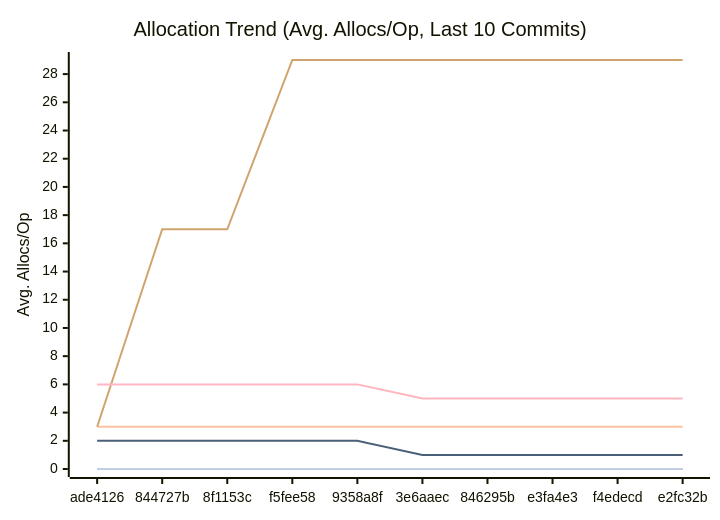
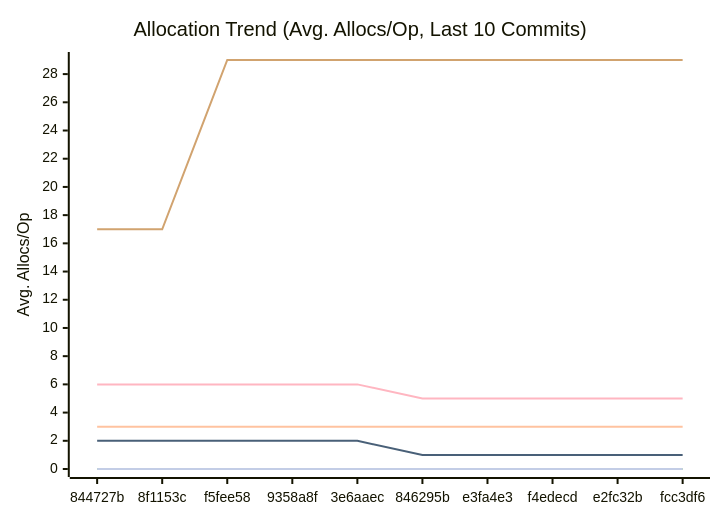
One commit to alsotoes/momo changed the third of 3 diagrams in docs/PERFORMANCE.md. Above: the diagram before and after it, drawn with Mermaid. The commit also changed other lines of this file and 5 other files, not shown here.

````diff
--- a/docs/PERFORMANCE.md
+++ b/docs/PERFORMANCE.md
@@ -114,16 +114,16 @@
 ```mermaid
 xychart-beta
     title "Allocation Trend (Avg. Allocs/Op, Last 10 Commits)"
     x-axis "Commit"
     y-axis "Avg. Allocs/Op"
-    x-axis [ade4126,844727b,8f1153c,f5fee58,9358a8f,3e6aaec,846295b,e3fa4e3,f4edecd,e2fc32b]
+    x-axis [844727b,8f1153c,f5fee58,9358a8f,3e6aaec,846295b,e3fa4e3,f4edecd,e2fc32b,fcc3df6]
     line "CheckMetricsAndSwap" [0,0,0,0,0,0,0,0,0,0]
     line "CrushOptimized" [0,0,0,0,0,0,0,0,0,0]
     line "CrushOriginal" [3,3,3,3,3,3,3,3,3,3]
     line "IndexDirectTracking" [0,0,0,0,0,0,0,0,0,0]
     line "IndexSearch" [0,0,0,0,0,0,0,0,0,0]
-    line "LoadGlobalConfig" [3,17,17,29,29,29,29,29,29,29]
+    line "LoadGlobalConfig" [17,17,29,29,29,29,29,29,29,29]
     line "PadString" [0,0,0,0,0,0,0,0,0,0]
     line "ParseReplicationOrder_NoPrealloc" [6,6,6,6,6,5,5,5,5,5]
     line "ParseReplicationOrder_Prealloc" [2,2,2,2,2,1,1,1,1,1]
 ```
````
